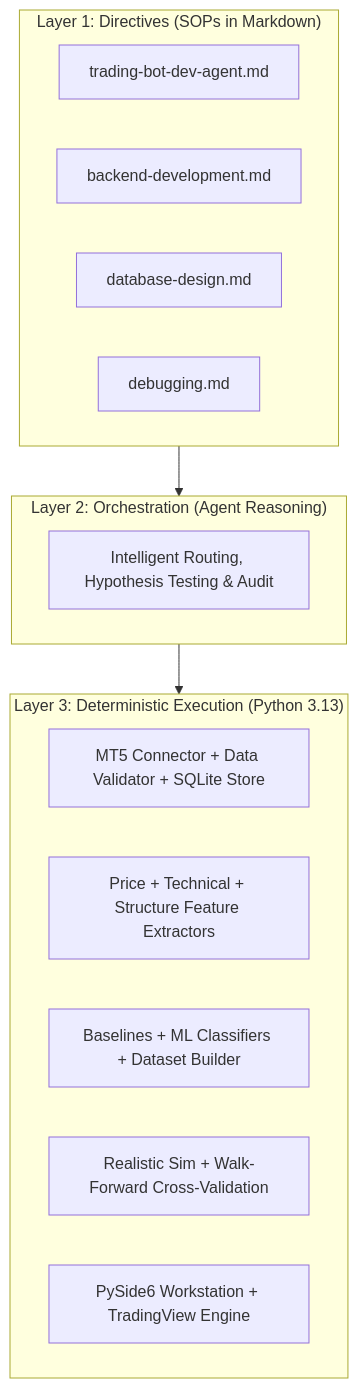
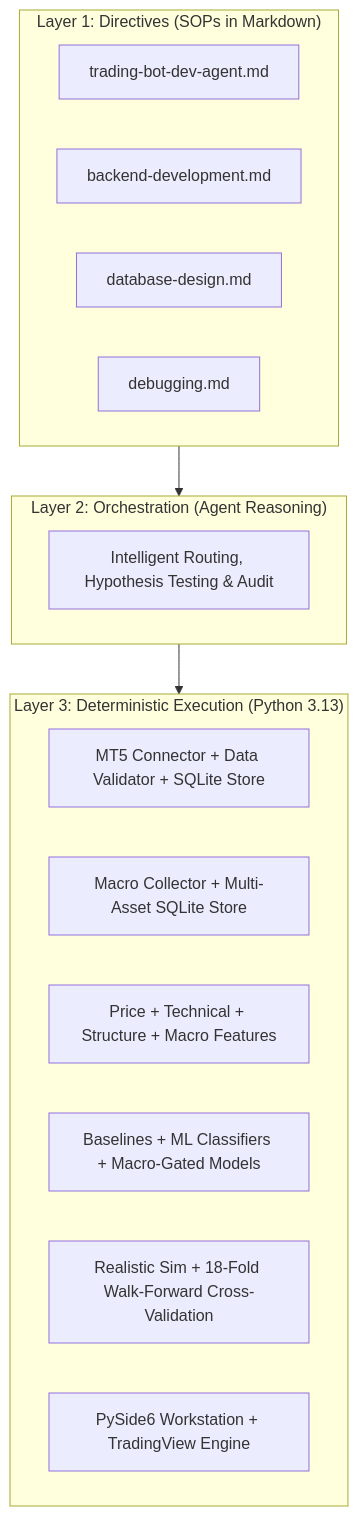
The diagram in PROGRESS_REPORT.md (jvhlr/Trading-Agent), drawn with Mermaid before and after one commit. The commit also changed other lines of this file and 16 other files, not shown here.

Commit message:
feat: implement macroeconomic integration, data stores, macro-gated models, walk-forward backtester, and UI pages

````diff
--- a/PROGRESS_REPORT.md
+++ b/PROGRESS_REPORT.md
@@ -25,24 +26,25 @@
 ```mermaid
 flowchart TD
     subgraph Layer1["Layer 1: Directives (SOPs in Markdown)"]
         D1[trading-bot-dev-agent.md]
         D2[backend-development.md]
         D3[database-design.md]
         D4[debugging.md]
     end
 
     subgraph Layer2["Layer 2: Orchestration (Agent Reasoning)"]
         ORCH[Intelligent Routing, Hypothesis Testing & Audit]
     end
 
     subgraph Layer3["Layer 3: Deterministic Execution (Python 3.13)"]
         DATA[MT5 Connector + Data Validator + SQLite Store]
-        FEAT[Price + Technical + Structure Feature Extractors]
-        ML[Baselines + ML Classifiers + Dataset Builder]
-        SIM[Realistic Sim + Walk-Forward Cross-Validation]
+        MACRO[Macro Collector + Multi-Asset SQLite Store]
+        FEAT[Price + Technical + Structure + Macro Features]
+        ML[Baselines + ML Classifiers + Macro-Gated Models]
+        SIM[Realistic Sim + 18-Fold Walk-Forward Cross-Validation]
         GUI[PySide6 Workstation + TradingView Engine]
     end
 
     Layer1 --> Layer2
     Layer2 --> Layer3
 ```
````
